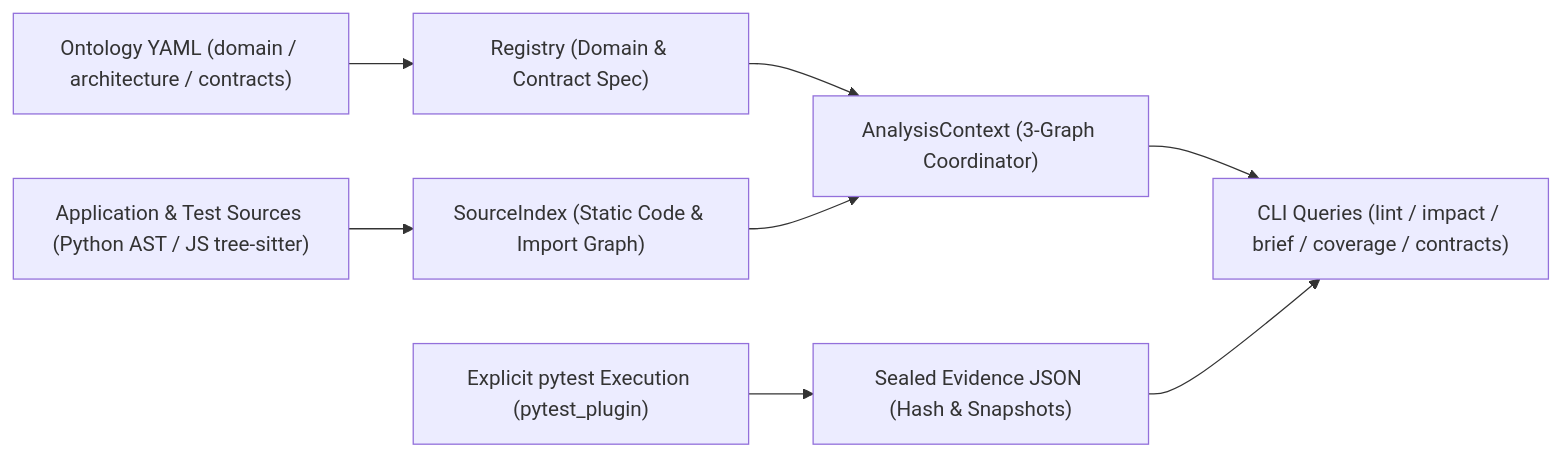
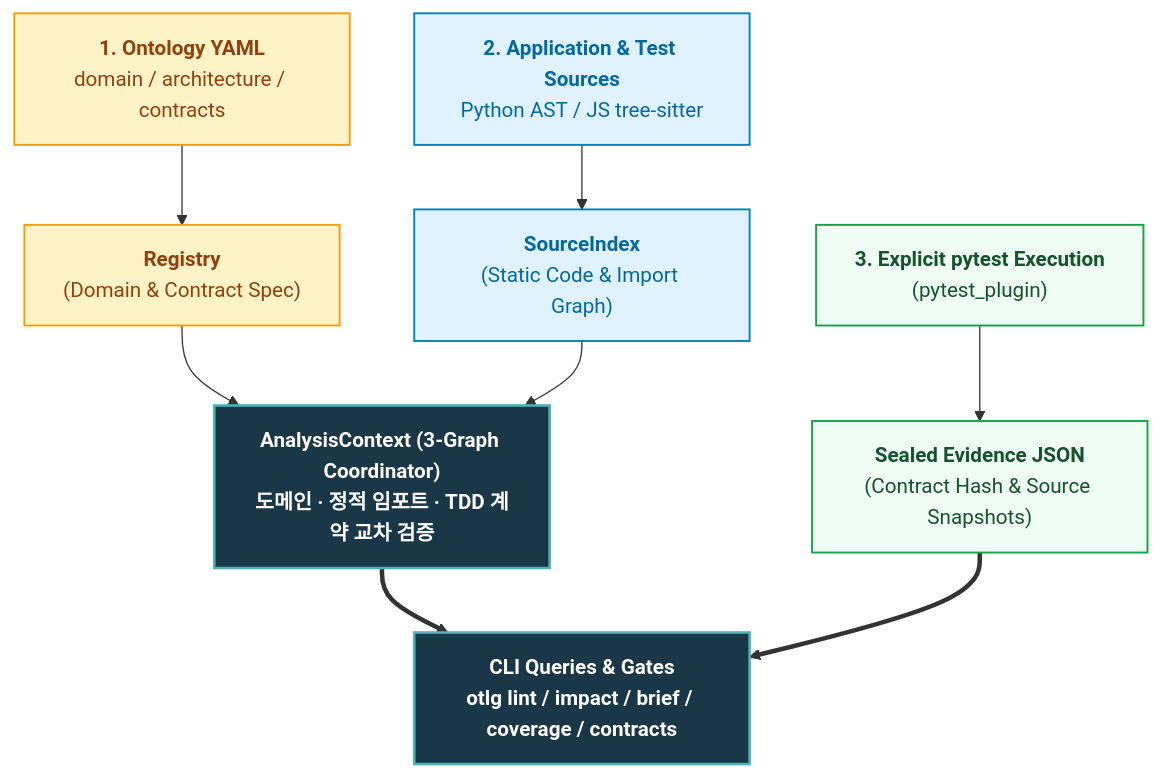
One commit to tomato-vault/tomato-vault.github.io changed the diagram in _posts/tech/ontology-engineering/5 오픈소스와 논문에서 길어 올린 온톨로지 컴파일러, 3-Graph와 TDD 증거 봉인.md. Above: the diagram before and after it, drawn with Mermaid. The commit also changed 19 other files, not shown here.

First line of the commit message:
Refactor ontology engineering documentation with enhanced diagrams and clarity

````diff
--- a/_posts/tech/ontology-engineering/5 오픈소스와 논문에서 길어 올린 온톨로지 컴파일러, 3-Graph와 TDD 증거 봉인.md
+++ b/_posts/tech/ontology-engineering/5 오픈소스와 논문에서 길어 올린 온톨로지 컴파일러, 3-Graph와 TDD 증거 봉인.md
@@ -56,10 +56,15 @@
 ```mermaid
-flowchart LR
-  YAML["Ontology YAML (domain / architecture / contracts)"] --> Registry["Registry (Domain & Contract Spec)"]
-  Code["Application & Test Sources (Python AST / JS tree-sitter)"] --> SourceIndex["SourceIndex (Static Code & Import Graph)"]
-  Registry --> AnalysisContext["AnalysisContext (3-Graph Coordinator)"]
+flowchart TB
+  classDef spec fill:#fef3c7,stroke:#f59e0b,stroke-width:1.5px,color:#92400e
+  classDef code fill:#e0f2fe,stroke:#0284c7,stroke-width:1.5px,color:#0369a1
+  classDef coord fill:#193747,stroke:#4fb1ba,stroke-width:2px,color:#fff,font-weight:bold
+  classDef ev fill:#f0fdf4,stroke:#16a34a,stroke-width:1.5px,color:#14532d
+
+  YAML["<b>1. Ontology YAML</b><br/>domain / architecture / contracts"]:::spec --> Registry["<b>Registry</b><br/>(Domain & Contract Spec)"]:::spec
+  Code["<b>2. Application & Test Sources</b><br/>Python AST / JS tree-sitter"]:::code --> SourceIndex["<b>SourceIndex</b><br/>(Static Code & Import Graph)"]:::code
+  Registry --> AnalysisContext["<b>AnalysisContext (3-Graph Coordinator)</b><br/>도메인 · 정적 임포트 · TDD 계약 교차 검증"]:::coord
   SourceIndex --> AnalysisContext
-  AnalysisContext --> Queries["CLI Queries (lint / impact / brief / coverage / contracts)"]
-  Pytest["Explicit pytest Execution (pytest_plugin)"] --> Evidence["Sealed Evidence JSON (Hash & Snapshots)"]
-  Evidence --> Queries
+  Pytest["<b>3. Explicit pytest Execution</b><br/>(pytest_plugin)"]:::ev --> Evidence["<b>Sealed Evidence JSON</b><br/>(Contract Hash & Source Snapshots)"]:::ev
+  AnalysisContext ==> Queries["<b>CLI Queries & Gates</b><br/>otlg lint / impact / brief / coverage / contracts"]:::coord
+  Evidence ==> Queries
 ```
````
